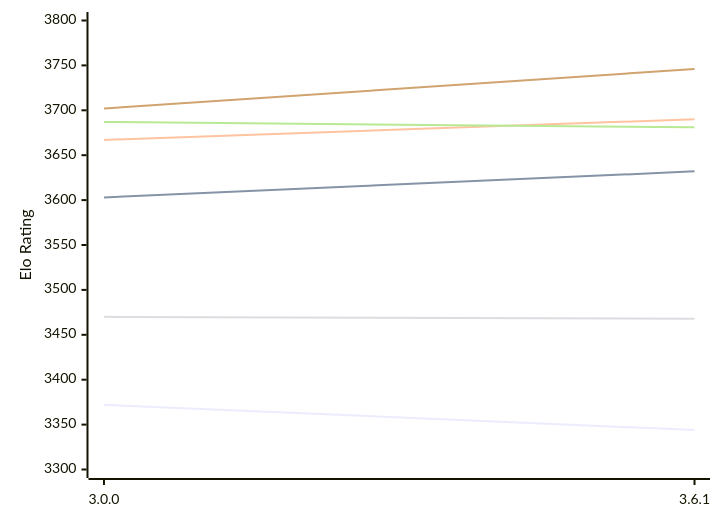
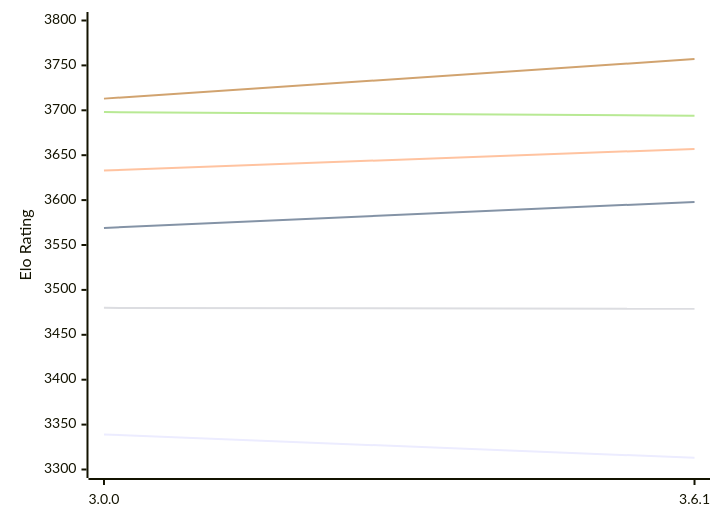
The diagram in engines/Peras.md (computer-chess-index/cci), drawn with Mermaid before and after one commit. The commit also changed other lines of this file, not shown here.

Commit message:
Update CCI Ratings (ELO VLTC) - 2026-11-12

````diff
--- a/engines/Peras.md
+++ b/engines/Peras.md
@@ -49,12 +49,12 @@
 ```mermaid
 %%{init: {"theme":"base","themeVariables":{"seriesColors:['#a3a3a3','#222221','#faa371']}}}%%
 xychart-beta
   x-axis ["3.0.0", "3.6.1"]
   y-axis "Elo Rating" 3300 --> 3800
-  line "E1: STC (8.0+0.08s)" [3372, 3344]
-  line "E1: LTC (60.0+0.60s)" [3603, 3632]
-  line "E1: VLTC (2m24s+1.12s)" [3667, 3690]
-  line "P1: STC (8.0+0.08s)" [3470, 3468]
-  line "P1: LTC (60.0+0.60s)" [3687, 3681]
-  line "P1: VLTC (2m24s+1.12s)" [3702, 3746]
+  line "E1: STC (8.0+0.08s)" [3339, 3313]
+  line "E1: LTC (60.0+0.60s)" [3569, 3598]
+  line "E1: VLTC (2m24s+1.12s)" [3633, 3657]
+  line "P1: STC (8.0+0.08s)" [3480, 3479]
+  line "P1: LTC (60.0+0.60s)" [3698, 3694]
+  line "P1: VLTC (2m24s+1.12s)" [3713, 3757]
 ```
````
